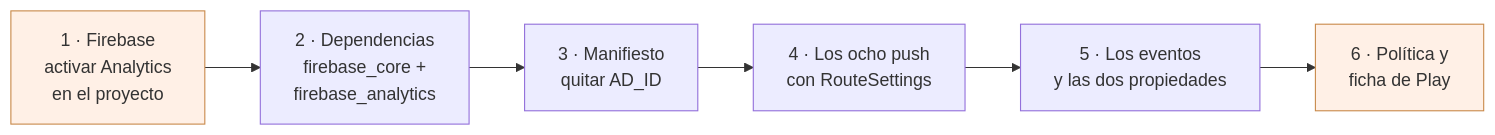
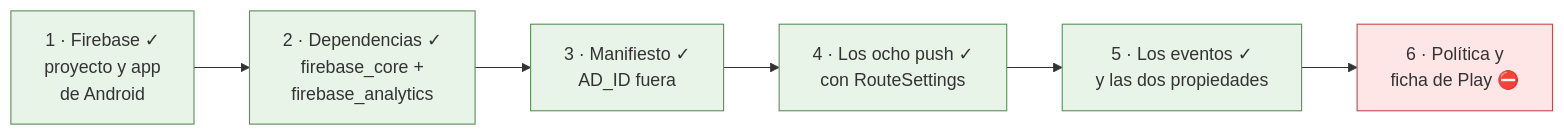
The second of 2 diagrams in docs/analitica.md (bluesky777/myvc_flutter), drawn with Mermaid before and after one commit. The commit also changed other lines of this file and 25 other files, not shown here.

````diff
--- a/docs/analitica.md
+++ b/docs/analitica.md
@@ -174,11 +251,15 @@
 ```mermaid
 flowchart LR
-    F["1 · Firebase<br/>activar Analytics<br/>en el proyecto"] --> D["2 · Dependencias<br/>firebase_core +<br/>firebase_analytics"]
-    D --> M["3 · Manifiesto<br/>quitar AD_ID"]
-    M --> R["4 · Los ocho push<br/>con RouteSettings"]
-    R --> E["5 · Los eventos<br/>y las dos propiedades"]
-    E --> P["6 · Política y<br/>ficha de Play"]
+    F["1 · Firebase ✓<br/>proyecto y app<br/>de Android"] --> D["2 · Dependencias ✓<br/>firebase_core +<br/>firebase_analytics"]
+    D --> M["3 · Manifiesto ✓<br/>AD_ID fuera"]
+    M --> R["4 · Los ocho push ✓<br/>con RouteSettings"]
+    R --> E["5 · Los eventos ✓<br/>y las dos propiedades"]
+    E --> P["6 · Política y<br/>ficha de Play ⛔"]
 
-    style F fill:#fff0e6,stroke:#c98a4b
-    style P fill:#fff0e6,stroke:#c98a4b
+    style F fill:#e8f4e8,stroke:#5a8f5a
+    style D fill:#e8f4e8,stroke:#5a8f5a
+    style M fill:#e8f4e8,stroke:#5a8f5a
+    style R fill:#e8f4e8,stroke:#5a8f5a
+    style E fill:#e8f4e8,stroke:#5a8f5a
+    style P fill:#ffe6e6,stroke:#c04b4b
 ```
````
